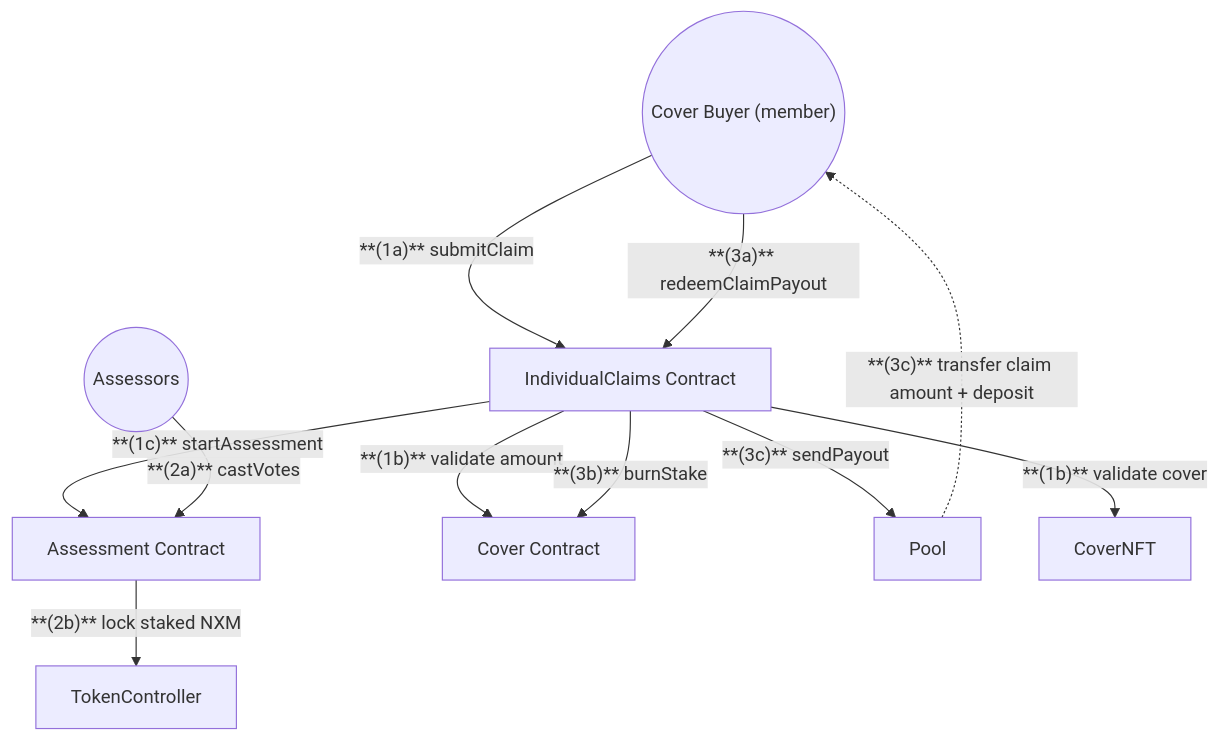
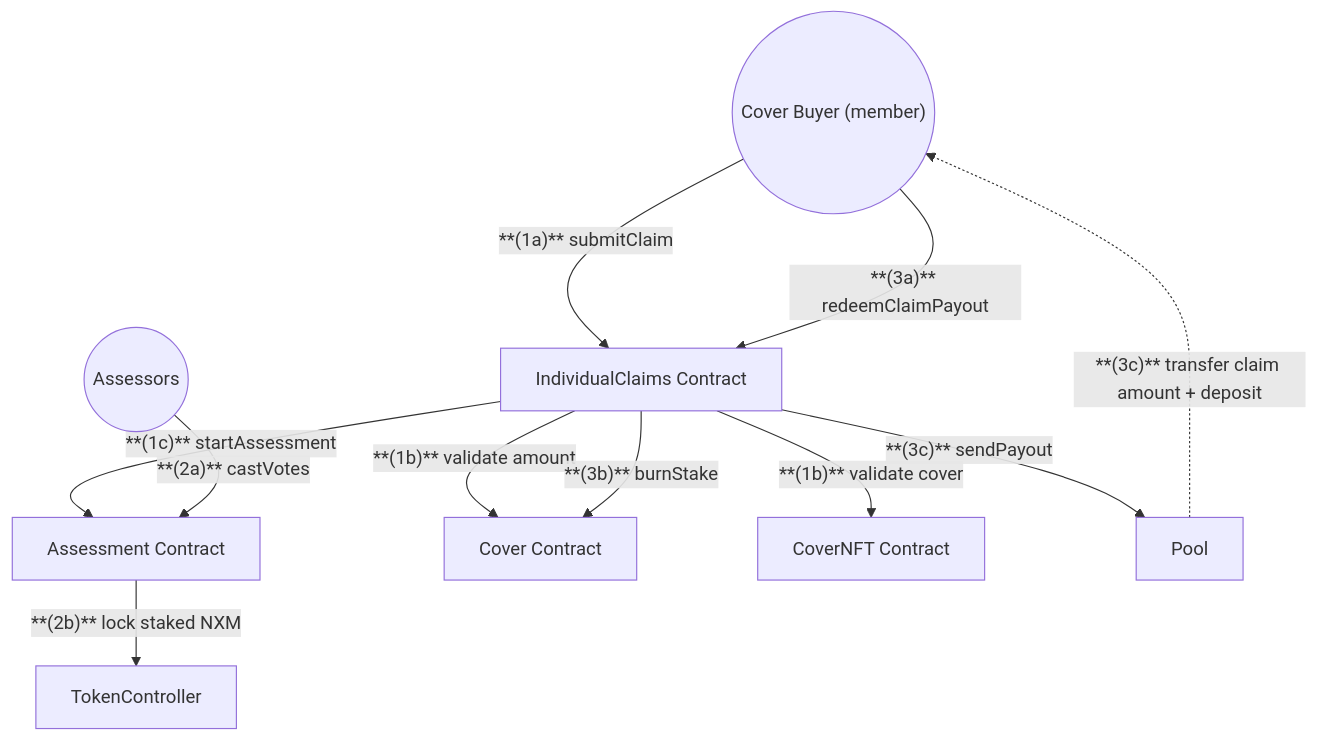
Before and after one commit to NexusMutual/smart-contracts: the second of 2 diagrams in docs/diagrams/user-flows/cover-buyer.md, drawn with Mermaid. The commit also changed other lines of this file and 3 other files, not shown here.

````diff
--- a/docs/diagrams/user-flows/cover-buyer.md
+++ b/docs/diagrams/user-flows/cover-buyer.md
@@ -34,29 +36,30 @@
 ```mermaid
 graph TD
     %% Users
     Member(("Cover Buyer (member)"))
     Assessors(("Assessors"))
 
     %% Contracts
     IndividualClaims["IndividualClaims Contract"]
     Assessment["Assessment Contract"]
     Cover["Cover Contract"]
+    CoverNFT["CoverNFT Contract"]
     TokenController["TokenController"]
     Pool["Pool"]
 
     %% Submit Claim
     Member -->|"**(1a)** submitClaim"| IndividualClaims
     IndividualClaims -->|"**(1b)** validate cover"| CoverNFT
     IndividualClaims -->|"**(1b)** validate amount"| Cover
     IndividualClaims -->|"**(1c)** startAssessment"| Assessment
 
     %% Assessment Process
     Assessors -->|"**(2a)** castVotes"| Assessment
     Assessment -->|"**(2b)** lock staked NXM"| TokenController
 
     %% Claim Payout
     Member -->|"**(3a)** redeemClaimPayout"| IndividualClaims
     IndividualClaims -->|"**(3b)** burnStake"| Cover
     IndividualClaims -->|"**(3c)** sendPayout"| Pool
     Pool -.->|"**(3c)** transfer claim amount + deposit"| Member
 ```
````
